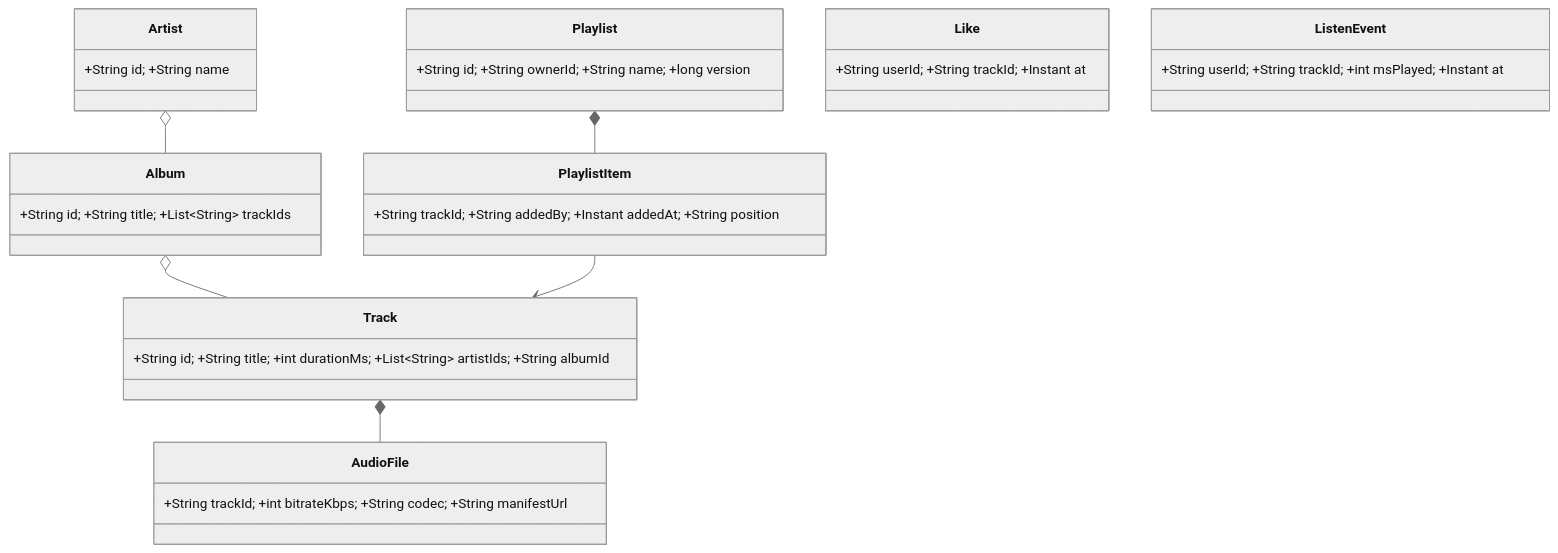
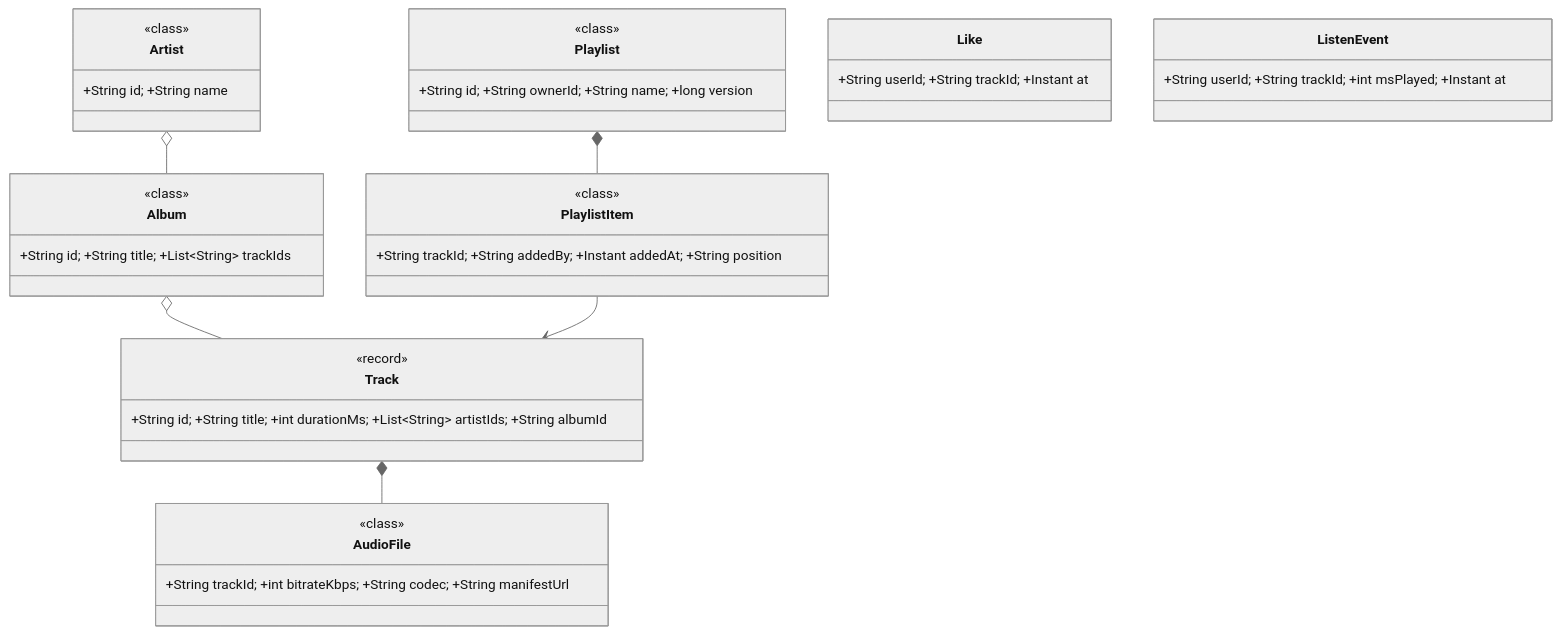
The first of 2 diagrams in system-design/lld/13-music-streaming.md (amarkum/amarkumar.guru), drawn with Mermaid (neutral theme) before and after one commit. The commit also changed 27 other files, not shown here.

Commit message:
Label every UML type as interface, enumeration, abstract, record or class, add missing enums, and colour-code them.

````diff
--- a/system-design/lld/13-music-streaming.md
+++ b/system-design/lld/13-music-streaming.md
@@ -41,16 +41,34 @@
 ```mermaid
 classDiagram
     class Track { +String id; +String title; +int durationMs; +List~String~ artistIds; +String albumId }
     class AudioFile { +String trackId; +int bitrateKbps; +String codec; +String manifestUrl }
     class Album { +String id; +String title; +List~String~ trackIds }
     class Artist { +String id; +String name }
     class Playlist { +String id; +String ownerId; +String name; +long version }
     class PlaylistItem { +String trackId; +String addedBy; +Instant addedAt; +String position }
     class Like { +String userId; +String trackId; +Instant at }
     class ListenEvent { +String userId; +String trackId; +int msPlayed; +Instant at }
     Track *-- AudioFile
     Album o-- Track
     Artist o-- Album
     Playlist *-- PlaylistItem
     PlaylistItem --> Track
+    class Artist {
+      <<class>>
+    }
+    class Album {
+      <<class>>
+    }
+    class Playlist {
+      <<class>>
+    }
+    class PlaylistItem {
+      <<class>>
+    }
+    class Track {
+      <<record>>
+    }
+    class AudioFile {
+      <<class>>
+    }
 ```
````
